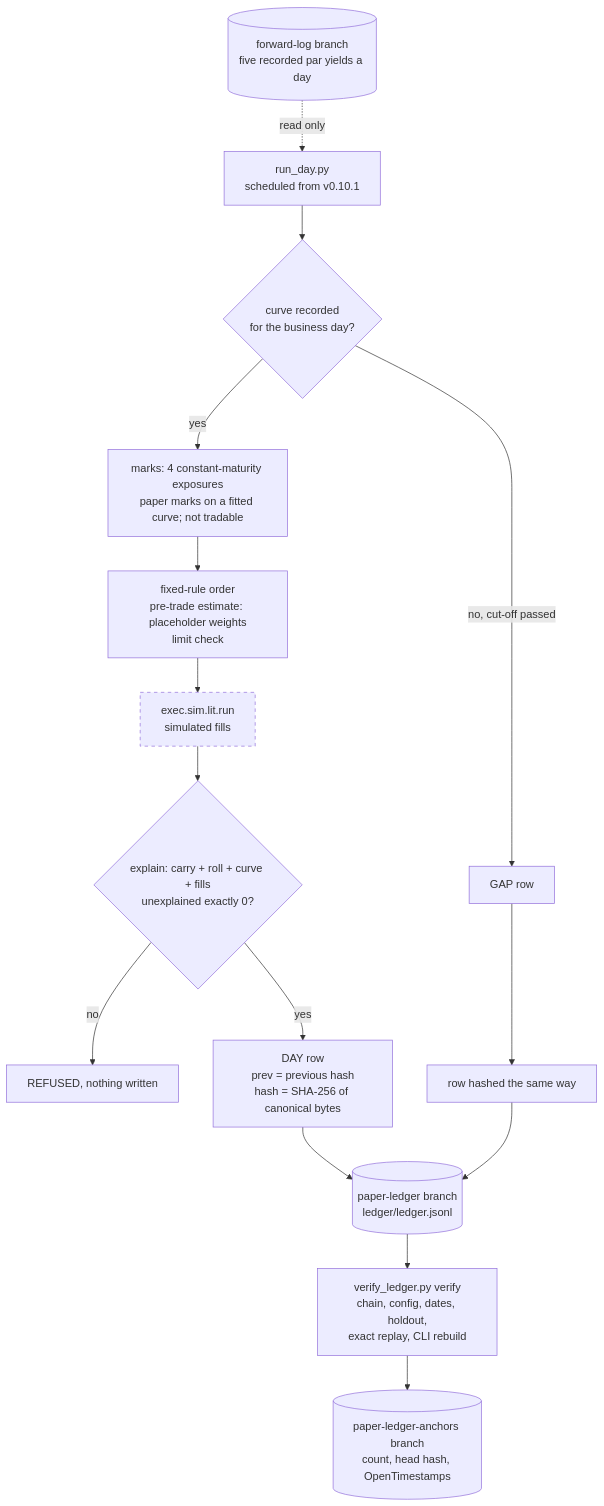
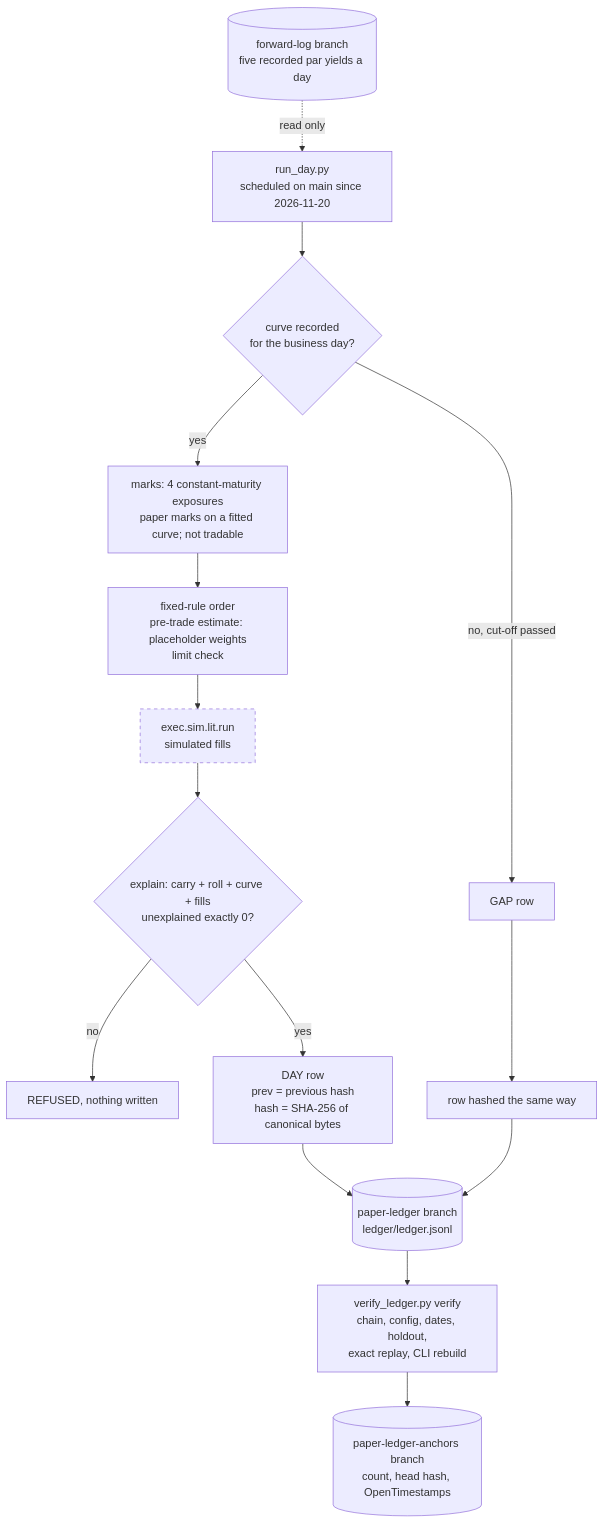
Diagram 41 of 54 in docs/diagrams/README.md (AshJha0/quantforge), drawn with Mermaid before and after one commit. The commit also changed other lines of this file and 36 other files, not shown here.

````diff
--- a/docs/diagrams/README.md
+++ b/docs/diagrams/README.md
@@ -725,20 +725,20 @@
 ```mermaid
 flowchart TB
   accTitle: Daily paper ledger run with its hash chain and anchor
   accDescr: The scheduled job reads the Treasury par yields the recorder already wrote to the forward-log branch. For each due business day it marks four constant-maturity exposures on a linear curve through five par yields, sends the fixed rule's one order through the pre-trade estimate and limit check to the simulated lit venue, computes the post-trade TCA and the P&L explain, and refuses the day unless the unexplained term is exactly zero. The row is hashed with the previous row's hash and appended to the ledger on the paper-ledger branch. The whole ledger is verified, the summary written, and the new head hash with the row count is stamped with OpenTimestamps on the paper-ledger-anchors branch. A day with no recorded curve becomes a GAP row; a day past its cut-off becomes a late row with no order.
-  FL[("forward-log branch<br/>five recorded par yields a day")] -.->|"read only"| RUN["run_day.py<br/>scheduled from v0.10.1"]
+  FL[("forward-log branch<br/>five recorded par yields a day")] -.->|"read only"| RUN["run_day.py<br/>scheduled on main since 2026-11-20"]
   RUN --> DUE{"curve recorded<br/>for the business day?"}
   DUE -->|"no, cut-off passed"| GAP[GAP row]
   DUE -->|yes| MK["marks: 4 constant-maturity exposures<br/>paper marks on a fitted curve; not tradable"]
   MK --> ORD["fixed-rule order<br/>pre-trade estimate: placeholder weights<br/>limit check"]
   ORD --> SIM["exec.sim.lit.run<br/>simulated fills"]
   SIM --> EX{"explain: carry + roll + curve + fills<br/>unexplained exactly 0?"}
   EX -->|no| REF["REFUSED, nothing written"]
   EX -->|yes| ROW["DAY row<br/>prev = previous hash<br/>hash = SHA-256 of canonical bytes"]
   GAP --> ROW2["row hashed the same way"]
   ROW & ROW2 --> L[("paper-ledger branch<br/>ledger/ledger.jsonl")]
   L --> VER["verify_ledger.py verify<br/>chain, config, dates, holdout,<br/>exact replay, CLI rebuild"]
   VER --> ANC[("paper-ledger-anchors branch<br/>count, head hash, OpenTimestamps")]
   classDef sim stroke-dasharray: 5 5
   class SIM sim
 ```
````
